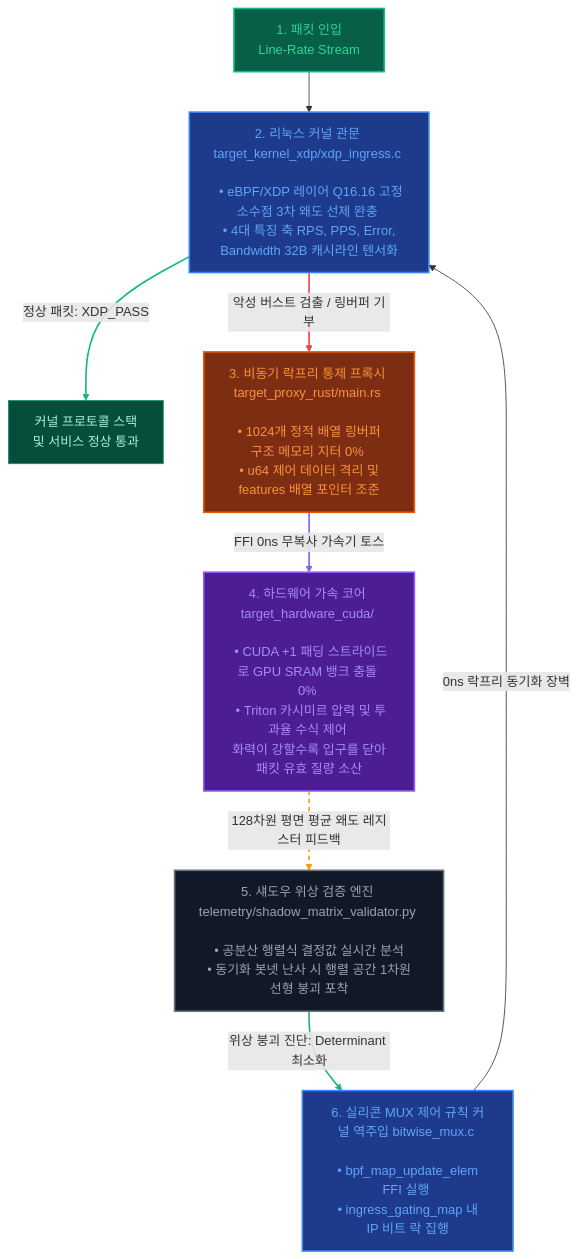
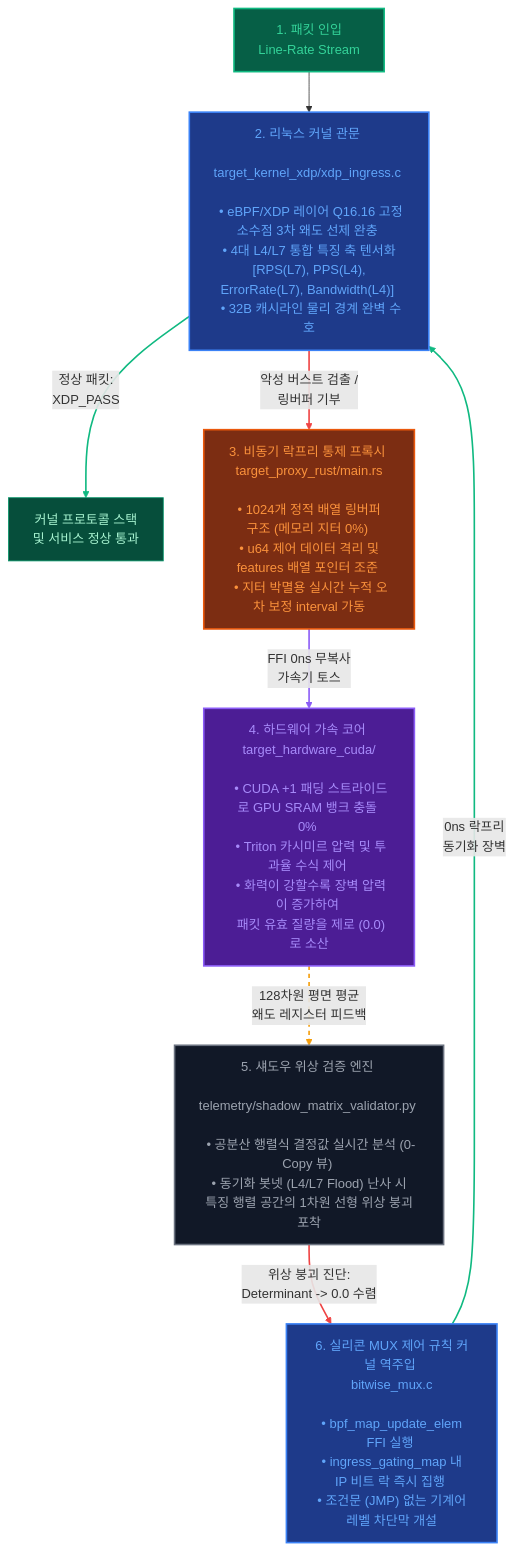
One commit to PJHkorea/homeostasis-ingress-firewall changed the diagram in README.md. Above: the diagram before and after it, drawn with Mermaid.

````diff
--- a/README.md
+++ b/README.md
@@ -3,60 +3,60 @@
 ```mermaid
 graph TD
     %% 스타일 및 테마 정의
     classDef default fill:#1f2937,stroke:#4b5563,stroke-width:1px,color:#f3f4f6;
     classDef ingress fill:#065f46,stroke:#10b981,stroke-width:2px,color:#34d399;
     classDef kernel fill:#1e3a8a,stroke:#3b82f6,stroke-width:2px,color:#60a5fa;
     classDef rust fill:#7c2d12,stroke:#ea580c,stroke-width:2px,color:#fb923c;
     classDef hardware fill:#4c1d95,stroke:#8b5cf6,stroke-width:2px,color:#a78bfa;
     classDef shadow fill:#111827,stroke:#6b7280,stroke-width:2px,color:#9ca3af;
     classDef pass fill:#064e3b,stroke:#059669,stroke-width:1px,color:#a7f3d0;
 
     %% 1. 패킷 인입 및 관문
     P_IN["1. 패킷 인입 <br> Line-Rate Stream"]
-    KERNEL["2. 리눅스 커널 관문 target_kernel_xdp/xdp_ingress.c <br><br> • eBPF/XDP 레이어 Q16.16 고정소수점 3차 왜도 선제 완충 <br> • 4대 특징 축 RPS, PPS, Error, Bandwidth 32B 캐시라인 텐서화"]
+    KERNEL["2. 리눅스 커널 관문 <br> target_kernel_xdp/xdp_ingress.c <br><br> • eBPF/XDP 레이어 Q16.16 고정소수점 3차 왜도 선제 완충 <br> • 4대 L4/L7 통합 특징 축 텐서화 <br> [RPS(L7), PPS(L4), ErrorRate(L7), Bandwidth(L4)] <br> • 32B 캐시라인 물리 경계 완벽 수호"]
 
     P_IN --> KERNEL
 
     %% 2. 조건 분기 처리
     PASS_ROUTE["커널 프로토콜 스택 <br> 및 서비스 정상 통과"]
-    MUX_INJECT["6. 실리콘 MUX 제어 규칙 커널 역주입 bitwise_mux.c <br><br> • bpf_map_update_elem FFI 실행 <br> • ingress_gating_map 내 IP 비트 락 집행"]
+    MUX_INJECT["6. 실리콘 MUX 제어 규칙 커널 역주입 <br> bitwise_mux.c <br><br> • bpf_map_update_elem FFI 실행 <br> • ingress_gating_map 내 IP 비트 락 즉시 집행 <br> • 조건문 (JMP) 없는 기계어 레벨 차단막 개설"]
 
-    KERNEL -->|정상 패킷: XDP_PASS| PASS_ROUTE
-    KERNEL -->|악성 버스트 검출 / 링버퍼 기부| PROXY
+    KERNEL -->|"정상 패킷: <br> XDP_PASS"| PASS_ROUTE
+    KERNEL -->|"악성 버스트 검출 / <br> 링버퍼 기부"| PROXY
 
     %% 3. Rust 프록시 레이어
-    PROXY["3. 비동기 락프리 통제 프록시 target_proxy_rust/main.rs <br><br> • 1024개 정적 배열 링버퍼 구조 메모리 지터 0% <br> • u64 제어 데이터 격리 및 features 배열 포인터 조준"]
+    PROXY["3. 비동기 락프리 통제 프록시 <br> target_proxy_rust/main.rs <br><br> • 1024개 정적 배열 링버퍼 구조 (메모리 지터 0%) <br> • u64 제어 데이터 격리 및 features 배열 포인터 조준 <br> • 지터 박멸용 실시간 누적 오차 보정 interval 가동"]
 
-    PROXY -->|FFI 0ns 무복사 가속기 토스| ACCEL
+    PROXY -->|"FFI 0ns 무복사 <br> 가속기 토스"| ACCEL
 
     %% 4. 하드웨어 가속기 레이어
-    ACCEL["4. 하드웨어 가속 코어 target_hardware_cuda/ <br><br> • CUDA +1 패딩 스트라이드로 GPU SRAM 뱅크 충돌 0% <br> • Triton 카시미르 압력 및 투과율 수식 제어 <br> 화력이 강할수록 입구를 닫아 패킷 유효 질량 소산"]
+    ACCEL["4. 하드웨어 가속 코어 <br> target_hardware_cuda/ <br><br> • CUDA +1 패딩 스트라이드로 GPU SRAM 뱅크 충돌 0% <br> • Triton 카시미르 압력 및 투과율 수식 제어 <br> • 화력이 강할수록 장벽 압력이 증가하여 <br> 패킷 유효 질량을 제로 (0.0)로 소산"]
 
-    ACCEL -->|128차원 평면 평균 왜도 레지스터 피드백| SHADOW
+    ACCEL -->|"128차원 평면 평균 <br> 왜도 레지스터 피드백"| SHADOW
 
     %% 5. 섀도우 검증 엔진 레이어
-    SHADOW["5. 섀도우 위상 검증 엔진 telemetry/shadow_matrix_validator.py <br><br> • 공분산 행렬식 결정값 실시간 분석 <br> • 동기화 봇넷 난사 시 행렬 공간 1차원 선형 붕괴 포착"]
+    SHADOW["5. 섀도우 위상 검증 엔진 <br> telemetry/shadow_matrix_validator.py <br><br> • 공분산 행렬식 결정값 실시간 분석 (0-Copy 뷰) <br> • 동기화 봇넷 (L4/L7 Flood) 난사 시 <br> 특징 행렬 공간의 1차원 선형 위상 붕괴 포착"]
 
     %% 피드백 클로징 루프
-    SHADOW -->|위상 붕괴 진단: Determinant 최소화| MUX_INJECT
-    MUX_INJECT -->|0ns 락프리 동기화 장벽| KERNEL
+    SHADOW -->|"위상 붕괴 진단: <br> Determinant -> 0.0 수렴"| MUX_INJECT
+    MUX_INJECT -->|"0ns 락프리 <br> 동기화 장벽"| KERNEL
 
     %% 클래스 지정 구문 별도 분리
     class P_IN ingress;
     class KERNEL kernel;
     class PASS_ROUTE pass;
     class MUX_INJECT kernel;
     class PROXY rust;
     class ACCEL hardware;
     class SHADOW shadow;
 
-    %% 간선 스타일 커스텀
+    %% 간선 스타일 커스텀 (인덱스 정렬 완결)
     linkStyle 1 stroke:#10b981,stroke-width:2px;
     linkStyle 2 stroke:#ef4444,stroke-width:2px;
     linkStyle 3 stroke:#8b5cf6,stroke-width:2px;
     linkStyle 4 stroke:#f59e0b,stroke-width:2px,stroke-dasharray:5;
-    linkStyle 5 stroke:#10b981,stroke-width:2px;
-
+    linkStyle 5 stroke:#ef4444,stroke-width:2px;
+    linkStyle 6 stroke:#10b981,stroke-width:2px;
 
 
 ```
````
